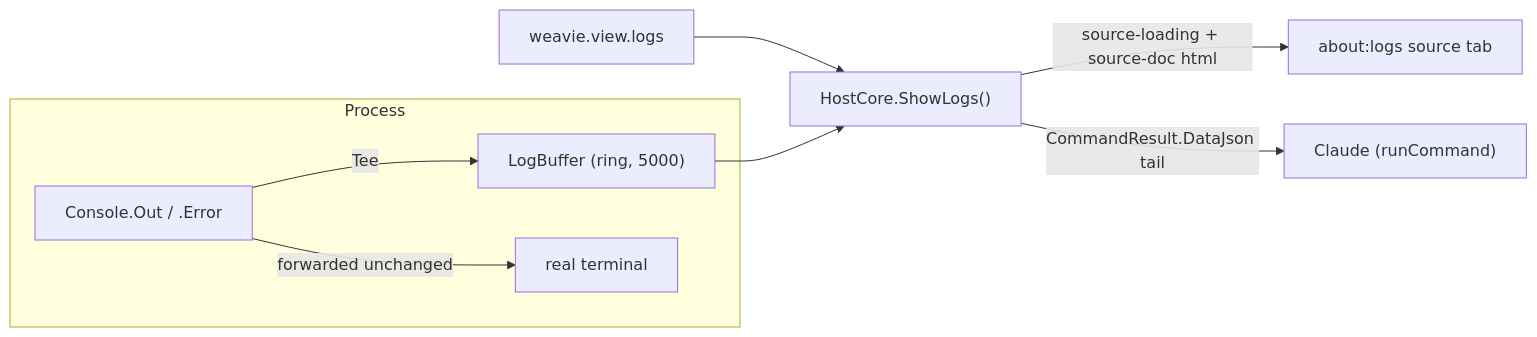
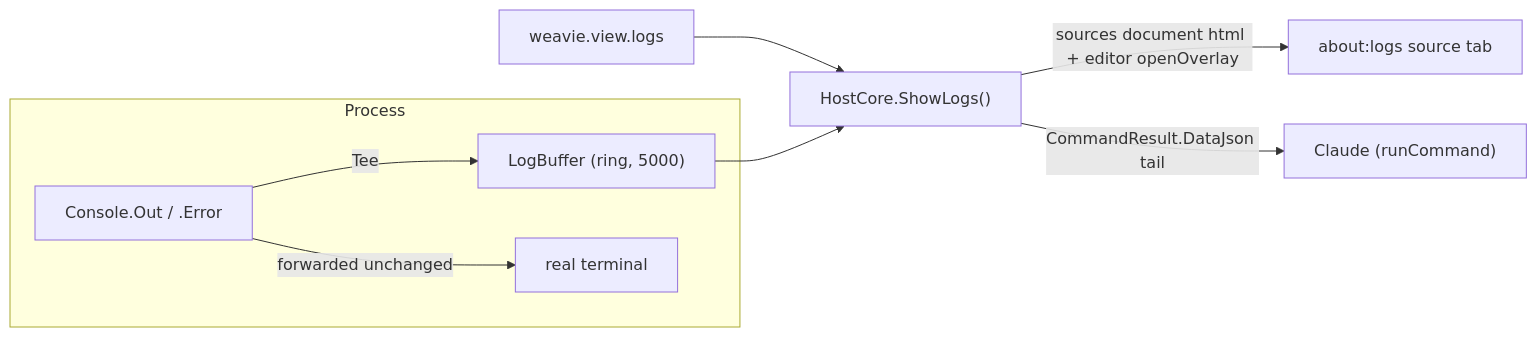
One commit to Kapps/weavie changed the diagram in docs/specs/log-viewer.md. Above: the diagram before and after it, drawn with Mermaid. The commit also changed other lines of this file and 2 other files, not shown here.

First line of the commit message:
Open the tab View Logs fills

````diff
--- a/docs/specs/log-viewer.md
+++ b/docs/specs/log-viewer.md
@@ -21,11 +21,11 @@
 ```mermaid
 flowchart LR
   subgraph Process
     Cout["Console.Out / .Error"] -->|Tee| Ring["LogBuffer (ring, 5000)"]
     Cout -->|forwarded unchanged| Term["real terminal"]
   end
   Cmd["weavie.view.logs"] --> Show["HostCore.ShowLogs()"]
   Ring --> Show
-  Show -->|source-loading + source-doc html| Tab["about:logs source tab"]
+  Show -->|sources document html + editor openOverlay| Tab["about:logs source tab"]
   Show -->|CommandResult.DataJson tail| Claude["Claude (runCommand)"]
 ```
````
